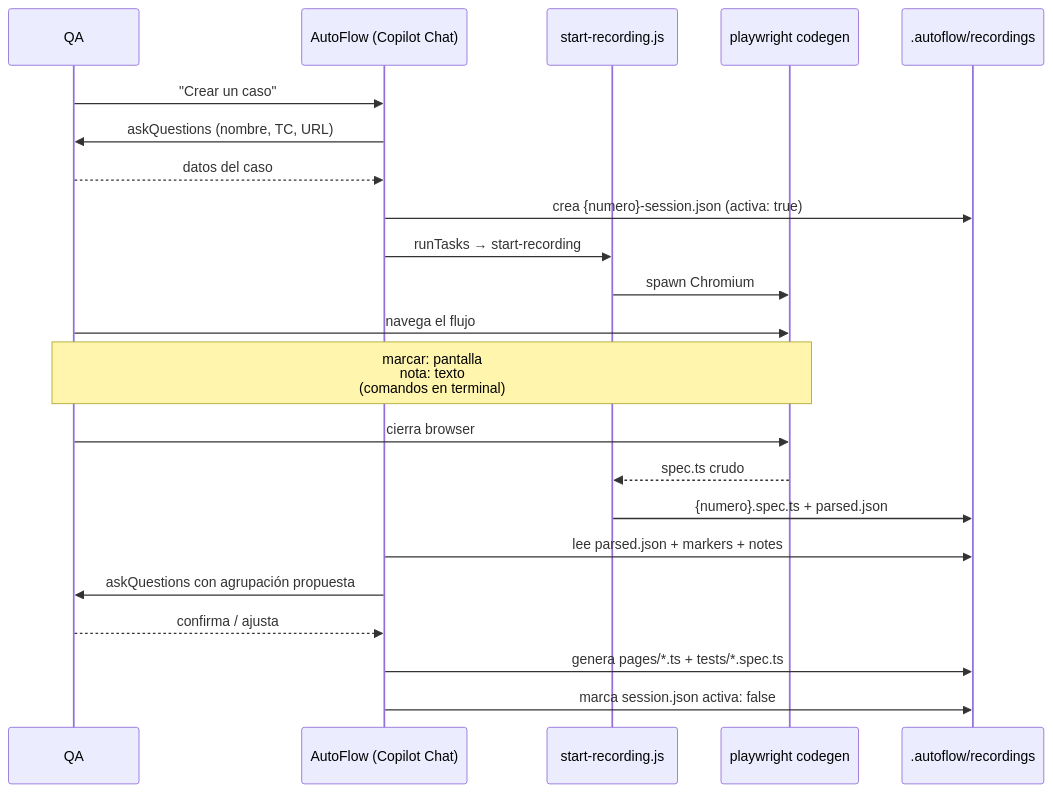
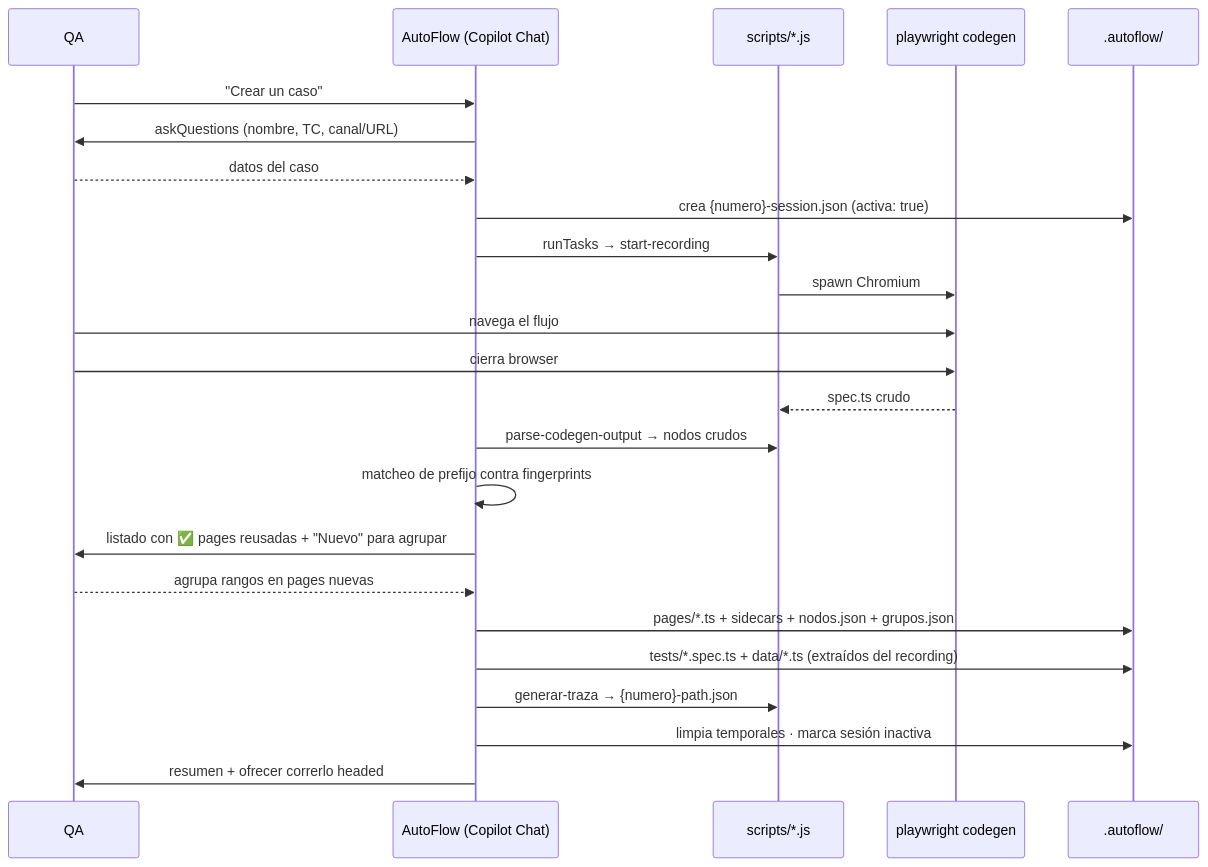
One commit to blass1/AutoFlowAgent changed the third of 3 diagrams in README.md. Above: the diagram before and after it, drawn with Mermaid. The commit also changed other lines of this file, not shown here.

````diff
--- a/README.md
+++ b/README.md
@@ -72,25 +99,27 @@
 ```mermaid
 sequenceDiagram
     participant QA
     participant Chat as AutoFlow (Copilot Chat)
-    participant Script as start-recording.js
+    participant Script as scripts/*.js
     participant Codegen as playwright codegen
-    participant FS as .autoflow/recordings
+    participant FS as .autoflow/
 
     QA->>Chat: "Crear un caso"
-    Chat->>QA: askQuestions (nombre, TC, URL)
+    Chat->>QA: askQuestions (nombre, TC, canal/URL)
     QA-->>Chat: datos del caso
     Chat->>FS: crea {numero}-session.json (activa: true)
     Chat->>Script: runTasks → start-recording
     Script->>Codegen: spawn Chromium
     QA->>Codegen: navega el flujo
-    Note over QA,Codegen: marcar: pantalla<br/>nota: texto<br/>(comandos en terminal)
     QA->>Codegen: cierra browser
     Codegen-->>Script: spec.ts crudo
-    Script->>FS: {numero}.spec.ts + parsed.json
-    Chat->>FS: lee parsed.json + markers + notes
-    Chat->>QA: askQuestions con agrupación propuesta
-    QA-->>Chat: confirma / ajusta
-    Chat->>FS: genera pages/*.ts + tests/*.spec.ts
-    Chat->>FS: marca session.json activa: false
+    Chat->>Script: parse-codegen-output → nodos crudos
+    Chat->>Chat: matcheo de prefijo contra fingerprints
+    Chat->>QA: listado con ✅ pages reusadas + "Nuevo" para agrupar
+    QA-->>Chat: agrupa rangos en pages nuevas
+    Chat->>FS: pages/*.ts + sidecars + nodos.json + grupos.json
+    Chat->>FS: tests/*.spec.ts + data/*.ts (extraídos del recording)
+    Chat->>Script: generar-traza → {numero}-path.json
+    Chat->>FS: limpia temporales · marca sesión inactiva
+    Chat->>QA: resumen + ofrecer correrlo headed
 ```
````
